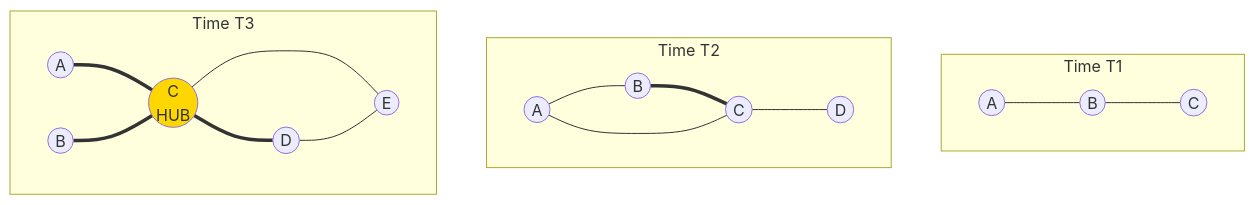
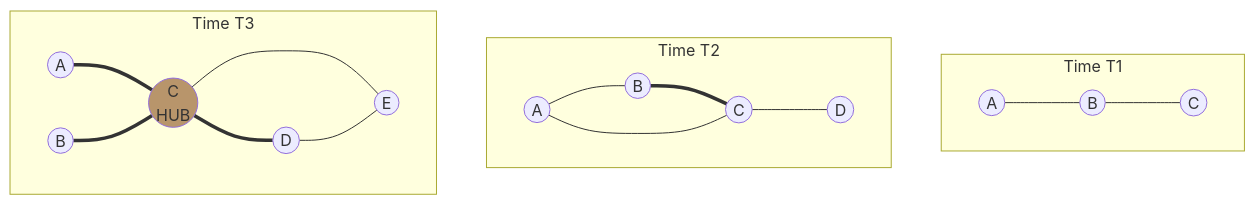
Before and after one commit to ScopeCreep-zip/Symbiont: diagram 15 of 16 in docs/architecture/network.md, drawn with Mermaid. The commit also changed other lines of this file and 17 other files, not shown here.

Commit message:
update to diagram colors

````diff
--- a/docs/architecture/network.md
+++ b/docs/architecture/network.md
@@ -516,39 +516,39 @@
 ```mermaid
 graph TB
     subgraph "Time T1"
         direction LR
         T1A((A))
         T1B((B))
         T1C((C))
         T1A --- T1B
         T1B --- T1C
     end
 
     subgraph "Time T2"
         direction LR
         T2A((A))
         T2B((B))
         T2C((C))
         T2D((D))
         T2A --- T2B
         T2B === T2C
         T2C --- T2D
         T2A --- T2C
     end
 
     subgraph "Time T3"
         direction LR
         T3A((A))
         T3B((B))
         T3C((C<br/>HUB))
         T3D((D))
         T3E((E))
         T3A === T3C
         T3B === T3C
         T3C === T3D
         T3C --- T3E
         T3D --- T3E
     end
 
-    style T3C fill:#FFD700
+    style T3C fill:#b8956b
 ```
````
